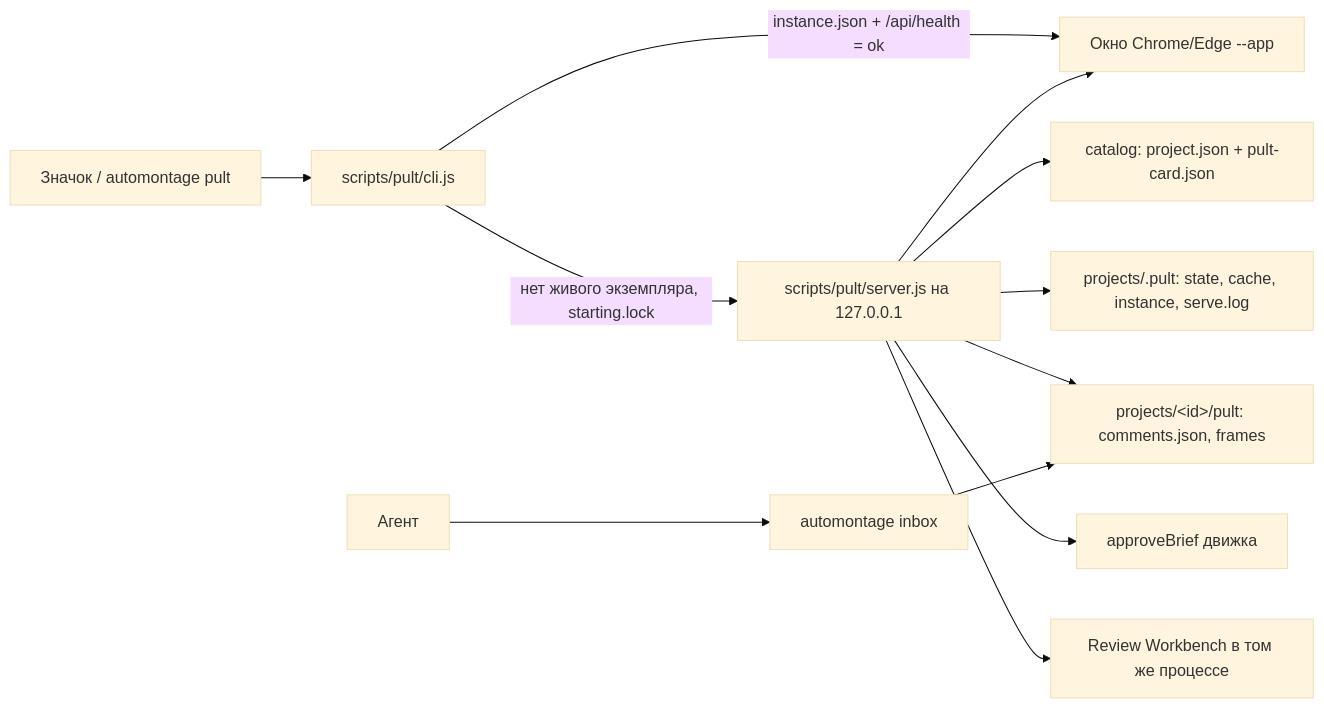
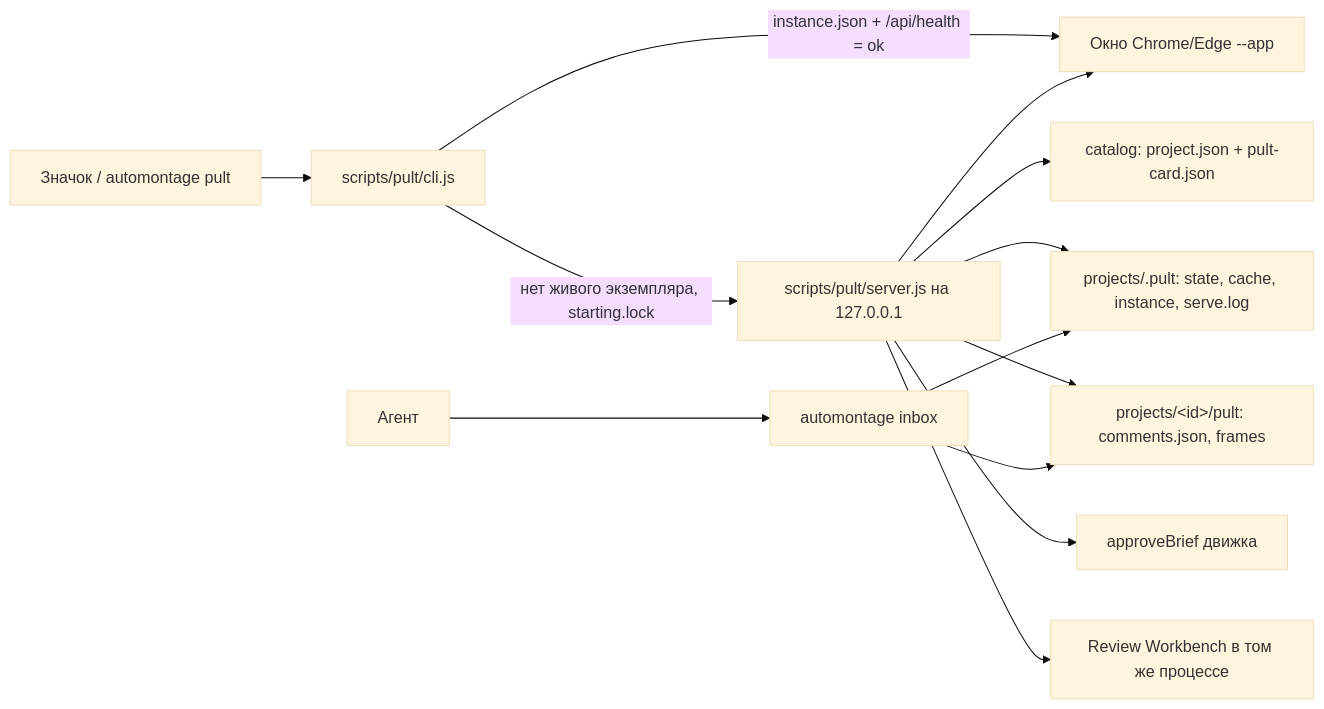
Before and after one commit to mcdenil-skills/AutoMontage-Agent: the fourth of 4 diagrams in ARCHITECTURE.md, drawn with Mermaid (base theme). The commit also changed other lines of this file and 5 other files, not shown here.

````diff
--- a/ARCHITECTURE.md
+++ b/ARCHITECTURE.md
@@ -583,13 +583,14 @@
 ```mermaid
 flowchart LR
   I["Значок / automontage pult"] --> L["scripts/pult/cli.js"]
   L -->|instance.json + /api/health = ok| W
   L -->|нет живого экземпляра, starting.lock| S["scripts/pult/server.js на 127.0.0.1"]
   S --> W["Окно Chrome/Edge --app"]
   S --> C["catalog: project.json + pult-card.json"]
   S --> K["projects/.pult: state, cache, instance, serve.log"]
   S --> M["projects/&lt;id&gt;/pult: comments.json, frames"]
   S --> B["approveBrief движка"]
   S --> R["Review Workbench в том же процессе"]
   A["Агент"] --> X["automontage inbox"] --> M
+  X --> K
 ```
````
